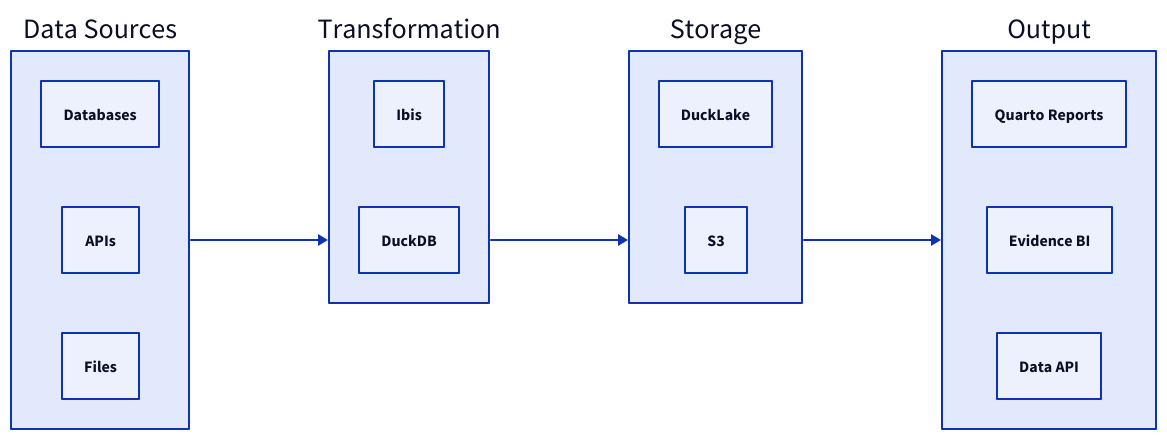
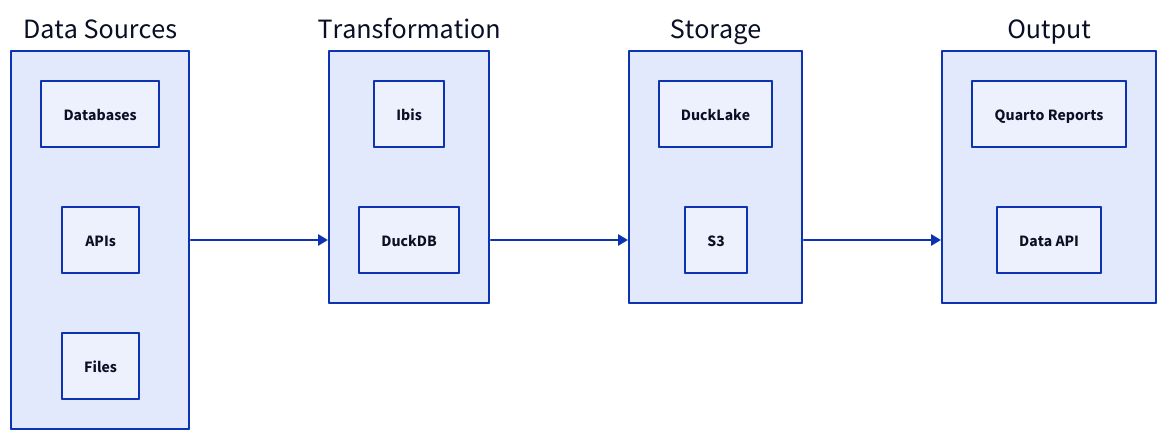
The diagram in reference-architectures/data-pipelines.md (wagov-dtt/architecture-decision-records), drawn with D2 before and after one commit. The commit also changed 1 other file, not shown here.

Commit message:
Use Quarto for analytics and reporting
operations/017-analytics-tooling.md:
- Use Quarto for all analytics outputs (reports, dashboards, documents)
- Add capabilities table showing Quarto features
- Integrate with Ibis/DuckDB for data queries

reference-architectures/data-pipelines.md:
- Update output components to show Quarto Reports

````diff
--- a/reference-architectures/data-pipelines.md
+++ b/reference-architectures/data-pipelines.md
@@ -19,27 +19,26 @@
 ```d2
 direction: right
 
 sources: Data Sources {
   Databases
   APIs
   Files
 }
 
 transform: Transformation {
   Ibis
   DuckDB
 }
 
 storage: Storage {
   DuckLake
   S3
 }
 
 output: Output {
   Quarto Reports
-  Evidence BI
   Data API
 }
 
 sources -> transform -> storage -> output
 ```
````
